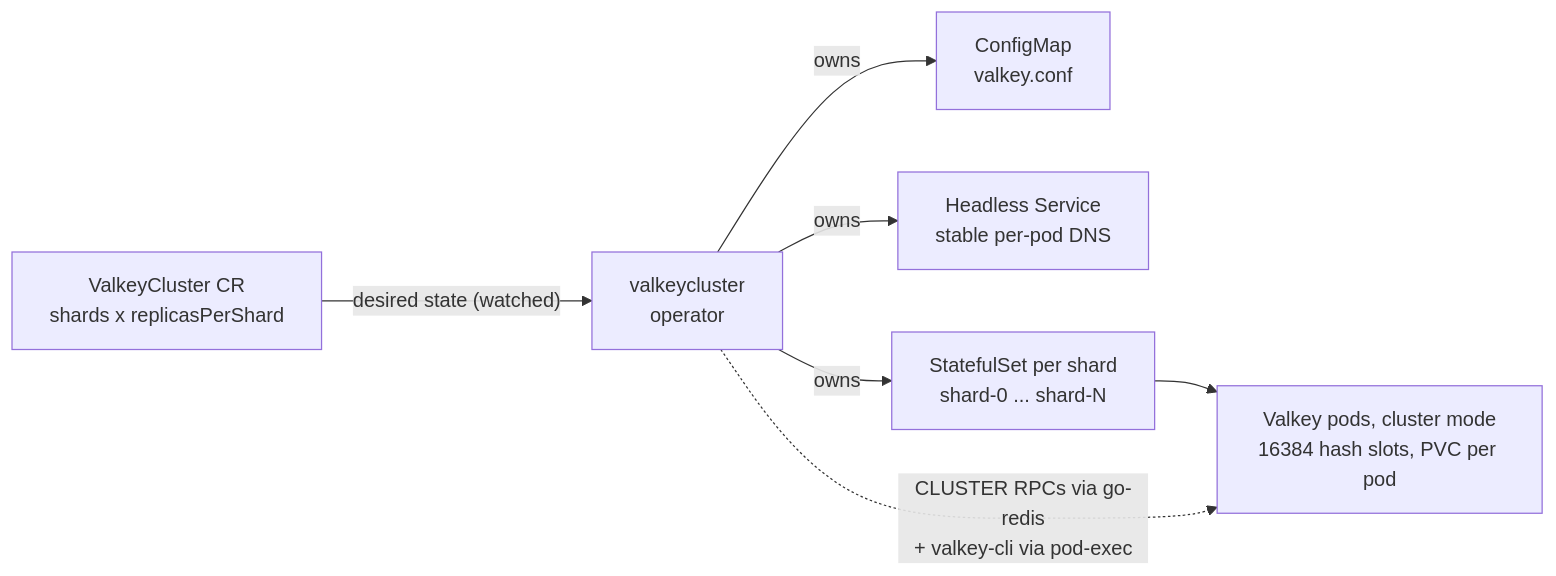
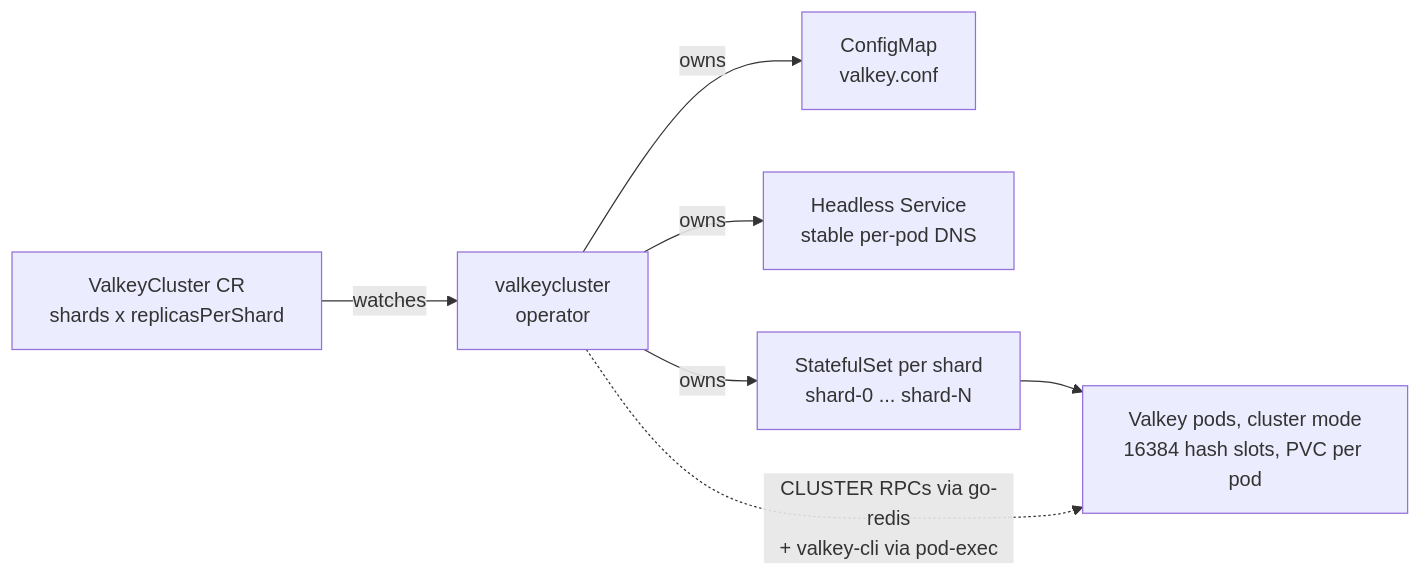
One commit to razkevich/valkeycluster-operator changed the first of 2 diagrams in README.md. Above: the diagram before and after it, drawn with Mermaid. The commit also changed 2 other files, not shown here.

Commit message:
docs: simplify diagram edge label to 'watches'

````diff
--- a/README.md
+++ b/README.md
@@ -65,9 +65,9 @@
 ```mermaid
 flowchart LR
-  CR["ValkeyCluster CR<br/>shards x replicasPerShard"] -->|"desired state (watched)"| OP["valkeycluster<br/>operator"]
+  CR["ValkeyCluster CR<br/>shards x replicasPerShard"] -->|watches| OP["valkeycluster<br/>operator"]
   OP -->|owns| CM["ConfigMap<br/>valkey.conf"]
   OP -->|owns| SVC["Headless Service<br/>stable per-pod DNS"]
   OP -->|owns| STS["StatefulSet per shard<br/>shard-0 ... shard-N"]
   STS --> POD["Valkey pods, cluster mode<br/>16384 hash slots, PVC per pod"]
   OP -.->|"CLUSTER RPCs via go-redis<br/>+ valkey-cli via pod-exec"| POD
 ```
````
